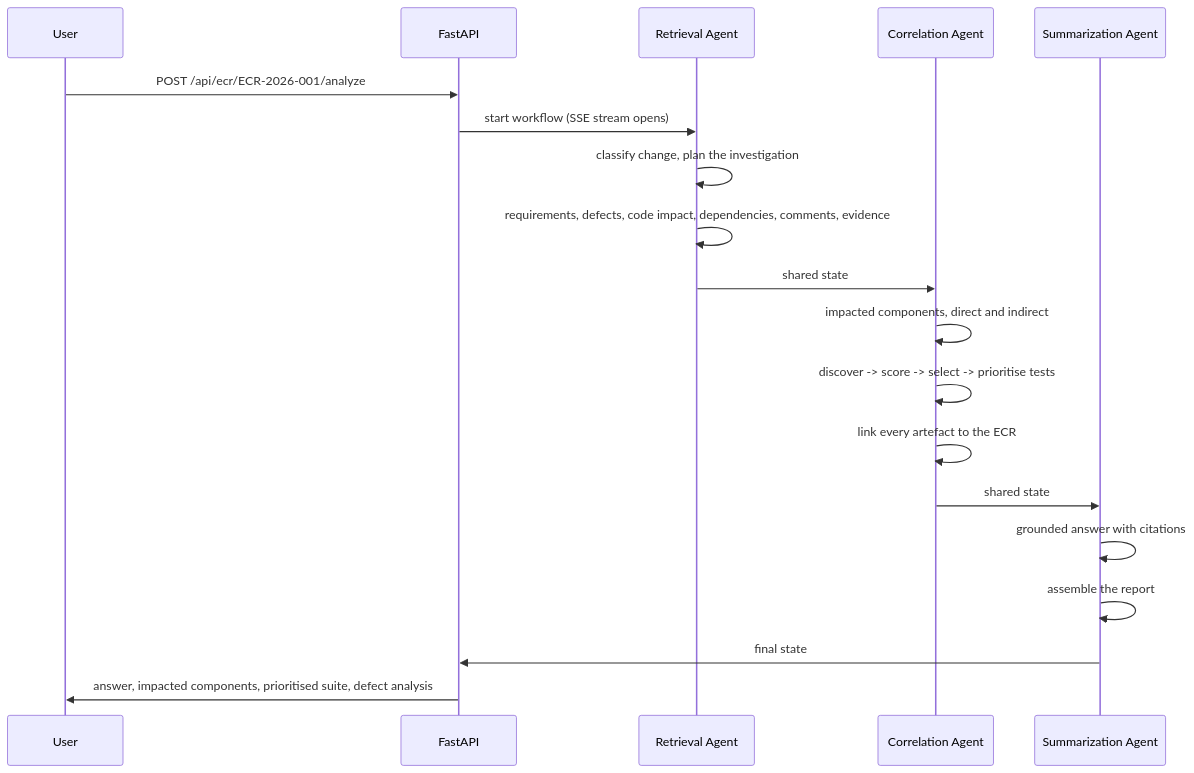
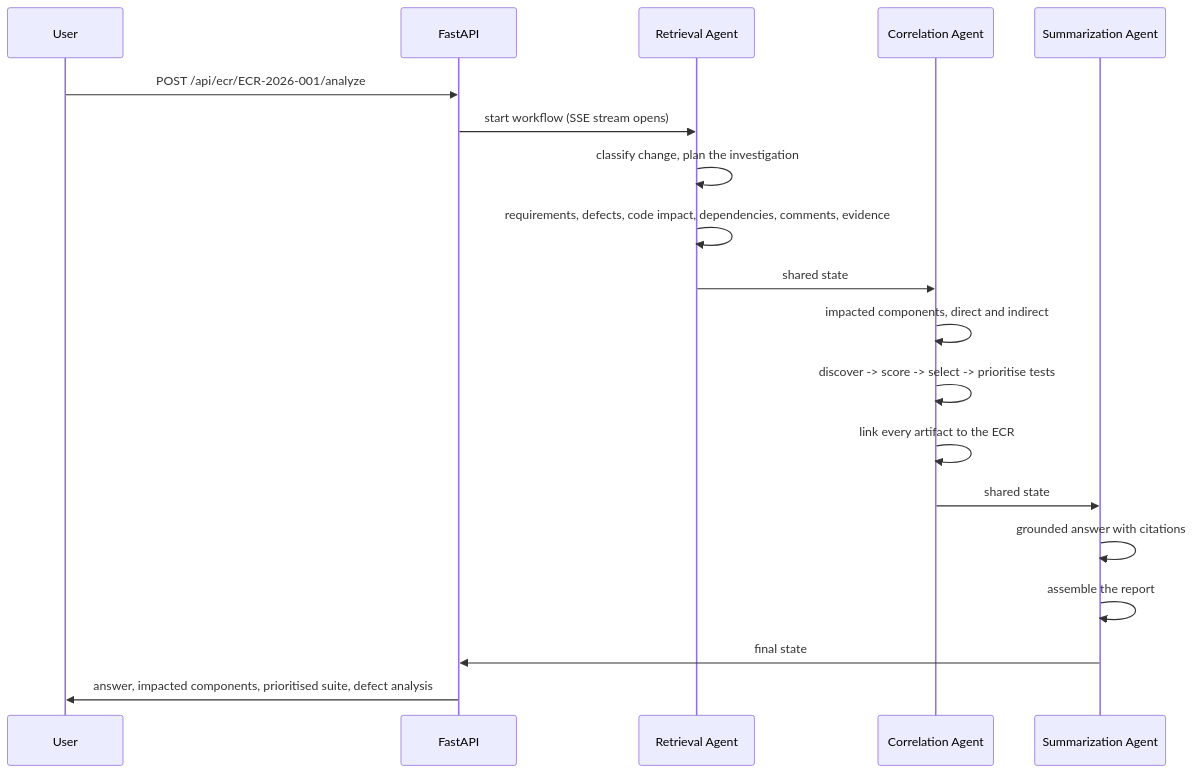
One commit to Anudeepthi007/ecr_assistant_ui changed the second of 2 diagrams in README.md. Above: the diagram before and after it, drawn with Mermaid. The commit also changed other lines of this file and 99 other files, not shown here.

````diff
--- a/README.md
+++ b/README.md
@@ -82,22 +82,22 @@
 ```mermaid
 sequenceDiagram
     participant U as User
     participant API as FastAPI
     participant R as Retrieval Agent
     participant C as Correlation Agent
     participant S as Summarization Agent
 
     U->>API: POST /api/ecr/ECR-2026-001/analyze
     API->>R: start workflow (SSE stream opens)
     R->>R: classify change, plan the investigation
     R->>R: requirements, defects, code impact, dependencies, comments, evidence
     R->>C: shared state
     C->>C: impacted components, direct and indirect
     C->>C: discover -> score -> select -> prioritise tests
-    C->>C: link every artefact to the ECR
+    C->>C: link every artifact to the ECR
     C->>S: shared state
     S->>S: grounded answer with citations
     S->>S: assemble the report
     S->>API: final state
     API->>U: answer, impacted components, prioritised suite, defect analysis
 ```
````
